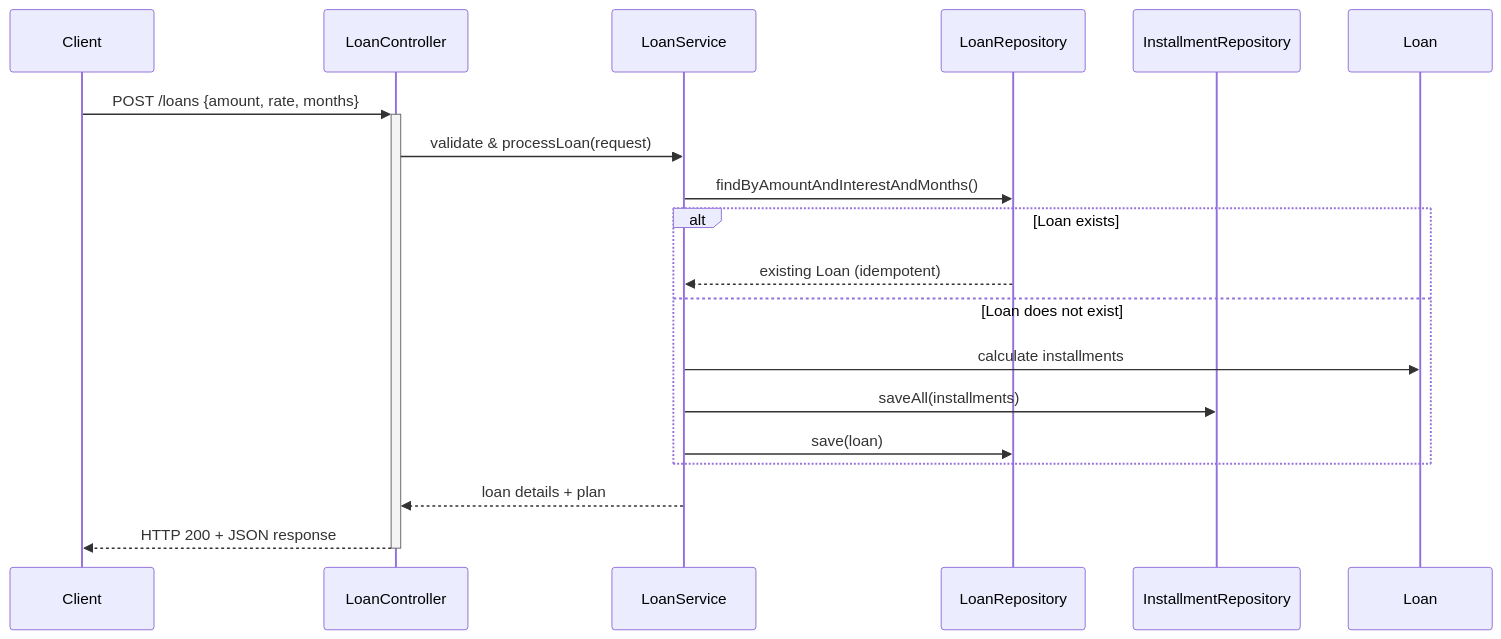
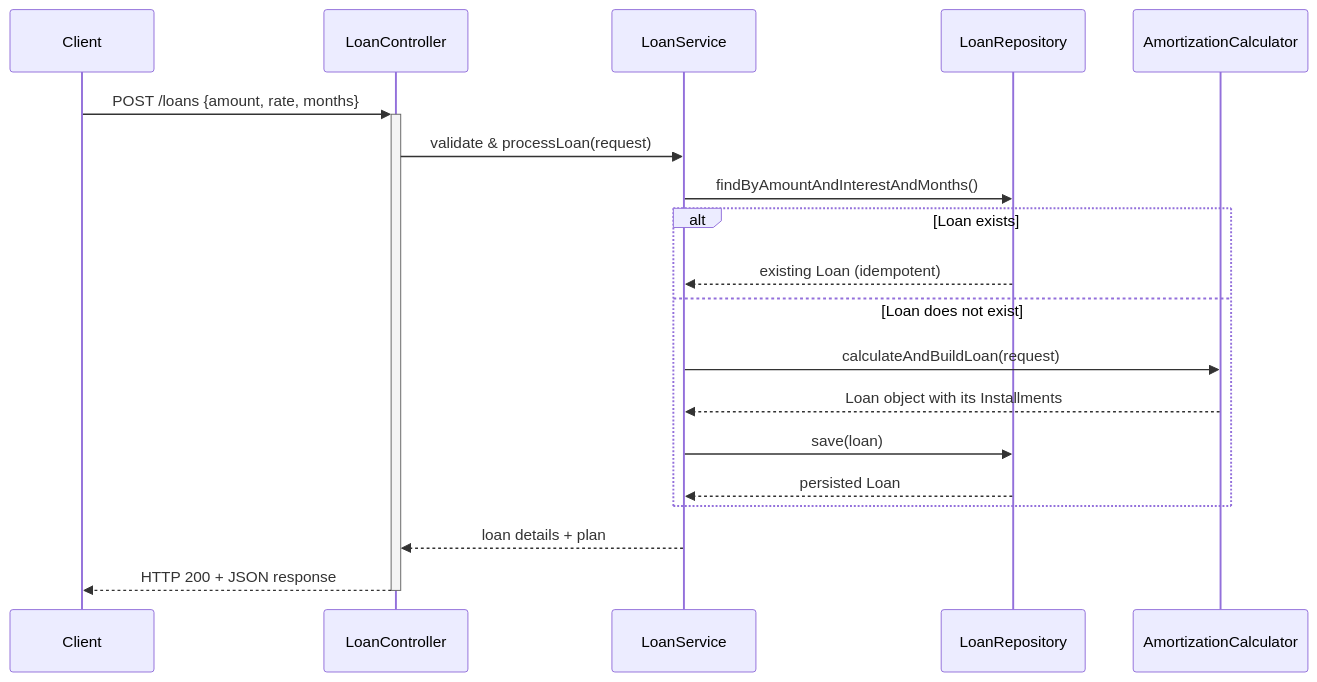
One commit to Jovisa/loan-calculator changed the second of 2 diagrams in README.md. Above: the diagram before and after it, drawn with Mermaid.

Commit message:
docks: fixed sequence diagram

````diff
--- a/README.md
+++ b/README.md
@@ -170,21 +170,24 @@
 ```mermaid
 sequenceDiagram
     participant Client
     participant LoanController
     participant LoanService
     participant LoanRepository
-    participant InstallmentRepository
+    participant AmortizationCalculator
 
     Client->>+LoanController: POST /loans {amount, rate, months}
     LoanController->>LoanService: validate & processLoan(request)
     LoanService->>LoanRepository: findByAmountAndInterestAndMonths()
+    
     alt Loan exists
         LoanRepository-->>LoanService: existing Loan (idempotent)
     else Loan does not exist
-        LoanService->>Loan: calculate installments
-        LoanService->>InstallmentRepository: saveAll(installments)
+        LoanService->>AmortizationCalculator: calculateAndBuildLoan(request)
+        AmortizationCalculator-->>LoanService: Loan object with its Installments
         LoanService->>LoanRepository: save(loan)
+        LoanRepository-->>LoanService: persisted Loan
     end
+    
     LoanService-->>LoanController: loan details + plan
     LoanController-->>-Client: HTTP 200 + JSON response
 ```
````
